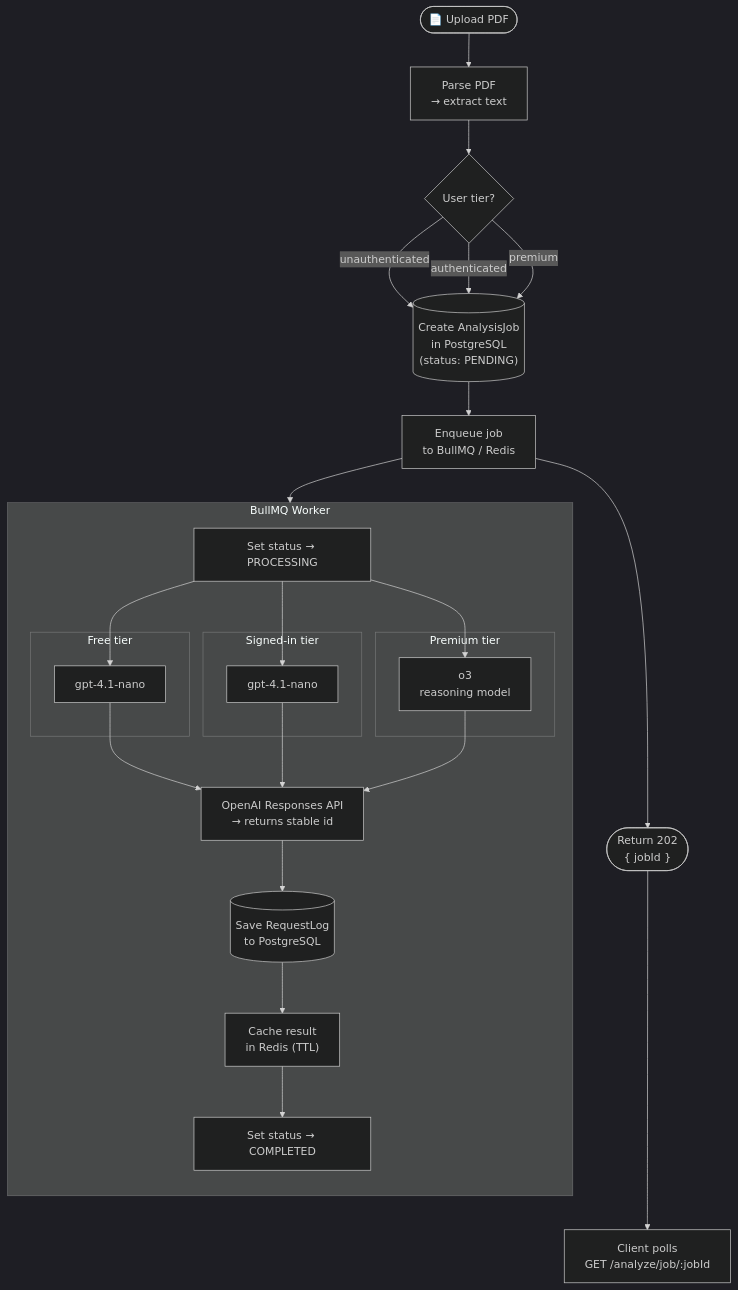
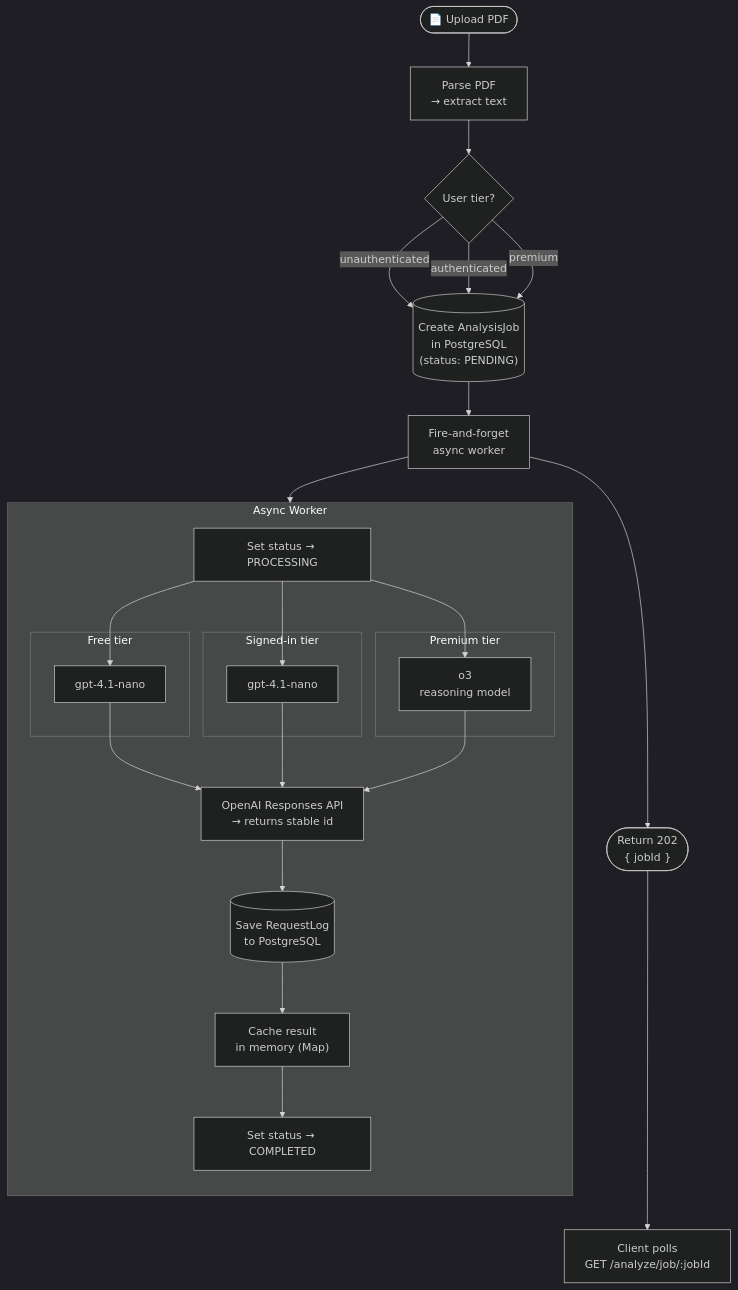
One commit to Patrykbarc/ats-resume-analyzer changed the second of 3 diagrams in README.md. Above: the diagram before and after it, drawn with Mermaid (dark theme). The commit also changed other lines of this file, not shown here.

````diff
--- a/README.md
+++ b/README.md
@@ -98,44 +95,44 @@
 ```mermaid
 flowchart TD
   Upload(["📄 Upload PDF"])
   Parse["Parse PDF\n→ extract text"]
   TierCheck{"User tier?"}
   CreateJob[("Create AnalysisJob\nin PostgreSQL\n(status: PENDING)")]
-  Enqueue["Enqueue job\nto BullMQ / Redis"]
+  FireAndForget["Fire-and-forget\nasync worker"]
   Return202(["Return 202\n{ jobId }"])
   Poll["Client polls\nGET /analyze/job/:jobId"]
 
-  subgraph Worker["BullMQ Worker"]
+  subgraph Worker["Async Worker"]
     direction TB
     MarkProcessing["Set status → PROCESSING"]
 
     subgraph Free["Free tier"]
       ModelFree["gpt-4.1-nano"]
     end
 
     subgraph SignedIn["Signed-in tier"]
       ModelSignedIn["gpt-4.1-nano"]
     end
 
     subgraph Premium["Premium tier"]
       ModelPremium["o3\nreasoning model"]
     end
 
     OpenAI["OpenAI Responses API\n→ returns stable id"]
     SaveDB[("Save RequestLog\nto PostgreSQL")]
-    StoreResult["Cache result\nin Redis (TTL)"]
+    StoreResult["Cache result\nin memory (Map)"]
     MarkCompleted["Set status → COMPLETED"]
   end
 
   Upload --> Parse --> TierCheck
   TierCheck -->|"unauthenticated"| CreateJob
   TierCheck -->|"authenticated"| CreateJob
   TierCheck -->|"premium"| CreateJob
-  CreateJob --> Enqueue --> Return202
+  CreateJob --> FireAndForget --> Return202
   Return202 --> Poll
 
-  Enqueue --> MarkProcessing
+  FireAndForget --> MarkProcessing
   MarkProcessing --> ModelFree & ModelSignedIn & ModelPremium
   ModelFree & ModelSignedIn & ModelPremium --> OpenAI
   OpenAI --> SaveDB --> StoreResult --> MarkCompleted
 ```
````
